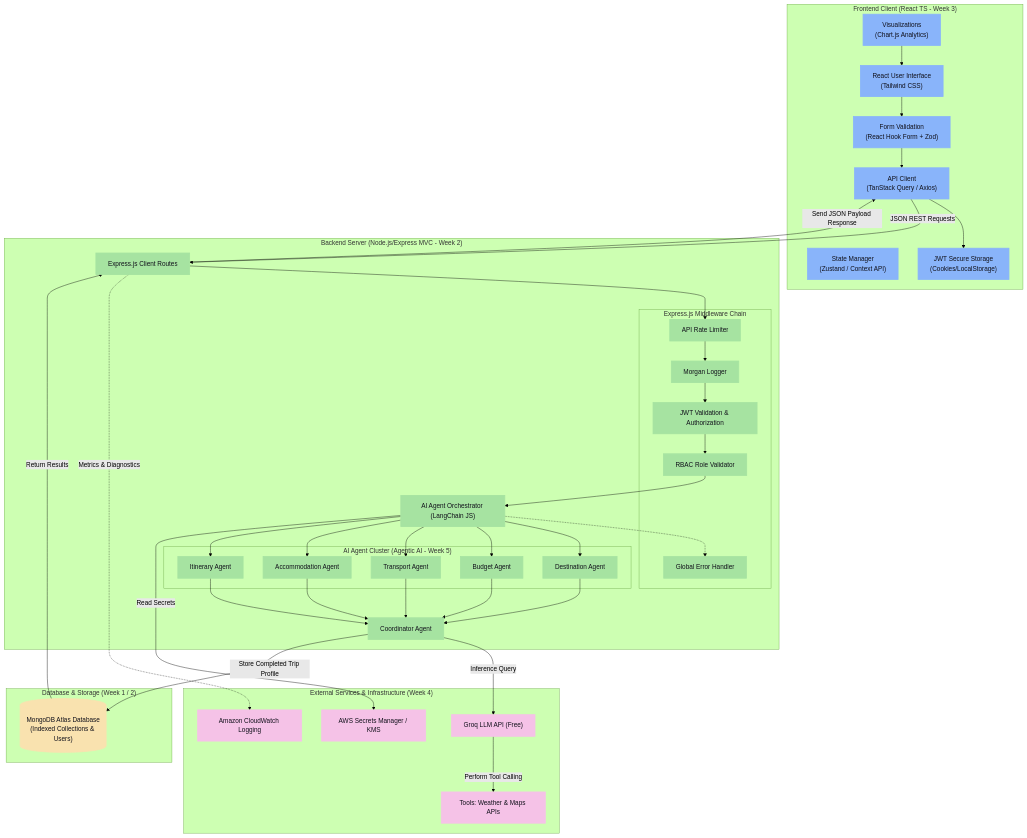
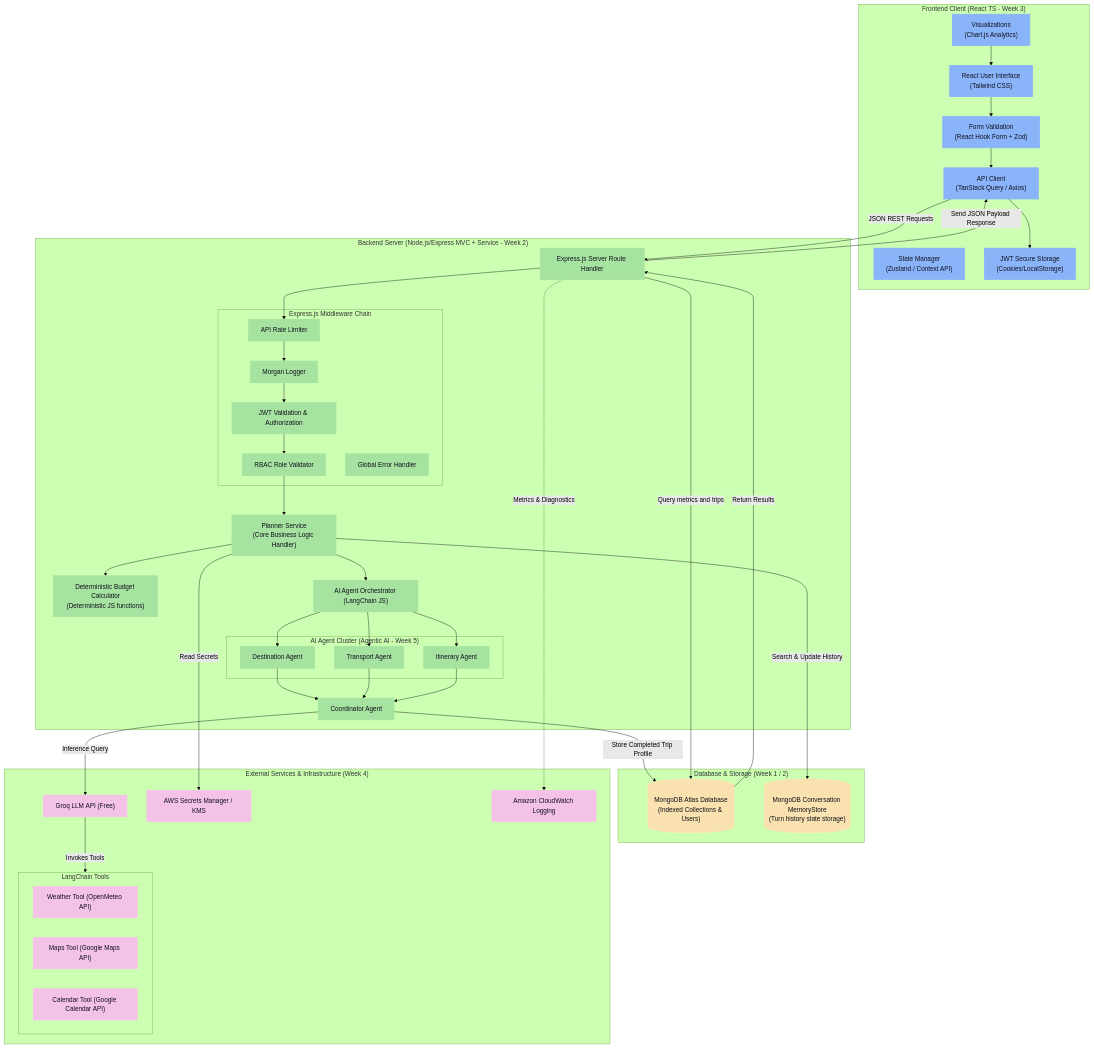
One commit to Dhayananth1511/CapStoneProject_Presidio_InternShip changed the fifth of 5 diagrams in README.md. Above: the diagram before and after it, drawn with Mermaid (forest theme). The commit also changed other lines of this file, not shown here.

Commit message:
Flow chart updated

````diff
--- a/README.md
+++ b/README.md
@@ -230,10 +262,9 @@
     end
 
     %% Backend Server Tier
-    subgraph ServerTier ["Backend Server (Node.js/Express MVC - Week 2)"]
-        API["Express.js Client Routes"]:::backend
+    subgraph ServerTier ["Backend Server (Node.js/Express MVC + Service - Week 2)"]
+        API["Express.js Server Route Handler"]:::backend
         
-        %% Middleware sub-layer
         subgraph Middlewares ["Express.js Middleware Chain"]
             Throttle["API Rate Limiter"]:::backend
             Log["Morgan Logger"]:::backend
@@ -242,42 +273,49 @@
             ErrorM["Global Error Handler"]:::backend
         end
         
+        API --> Throttle --> Log --> JWT --> RBAC
+        
+        PlannerService["Planner Service<br/>(Core Business Logic Handler)"]:::backend
+        RBAC --> PlannerService
+        
+        BudgetJS["Deterministic Budget Calculator<br/>(Deterministic JS functions)"]:::backend
+        PlannerService --> BudgetJS
+        
         AIPlanner["AI Agent Orchestrator (LangChain JS)"]:::backend
-        
-        API --> Throttle --> Log --> JWT --> RBAC --> AIPlanner
-        AIPlanner -.-> ErrorM
+        PlannerService --> AIPlanner
         
         %% Sub-agents cluster
         subgraph agents ["AI Agent Cluster (Agentic AI - Week 5)"]
             DestAgent["Destination Agent"]:::backend
-            BudAgent["Budget Agent"]:::backend
             TransAgent["Transport Agent"]:::backend
-            AccomAgent["Accommodation Agent"]:::backend
             ItinAgent["Itinerary Agent"]:::backend
         end
         
         AIPlanner --> DestAgent
-        AIPlanner --> BudAgent
         AIPlanner --> TransAgent
-        AIPlanner --> AccomAgent
         AIPlanner --> ItinAgent
         
         DestAgent --> Coord["Coordinator Agent"]:::backend
-        BudAgent --> Coord
         TransAgent --> Coord
-        AccomAgent --> Coord
         ItinAgent --> Coord
     end
 
     %% Storage Tier
     subgraph DBTier ["Database & Storage (Week 1 / 2)"]
         DB[("MongoDB Atlas Database<br/>(Indexed Collections & Users)")]:::db
+        MemStore[("MongoDB Conversation MemoryStore<br/>(Turn history state storage)")]:::db
     end
 
     %% External Tier
     subgraph ExtTier ["External Services & Infrastructure (Week 4)"]
         LLM["Groq LLM API (Free)"]:::ext
-        Tools["Tools: Weather & Maps APIs"]:::ext
+        
+        subgraph LCTools ["LangChain Tools"]
+            WeatherTool["Weather Tool (OpenMeteo API)"]:::ext
+            MapsTool["Maps Tool (Google Maps API)"]:::ext
+            CalendarTool["Calendar Tool (Google Calendar API)"]:::ext
+        end
+        
         AWSSecrets["AWS Secrets Manager / KMS"]:::ext
         CloudWatch["Amazon CloudWatch Logging"]:::ext
     end
@@ -289,11 +327,16 @@
 
     %% Core Data flow
     Queries -->|JSON REST Requests| API
+    PlannerService -->|Search & Update History| MemStore
     Coord -->|Inference Query| LLM
-    LLM -->|Perform Tool Calling| Tools
+    LLM -->|Invokes Tools| LCTools
     Coord -->|Store Completed Trip Profile| DB
-    AIPlanner -->|Read Secrets| AWSSecrets
+    PlannerService -->|Read Secrets| AWSSecrets
     API -.->|Metrics & Diagnostics| CloudWatch
+    
+    %% Direct Database fetch for Admin Dashboard (No AI)
+    API -->|Query metrics and trips| DB
+    
     DB -->|Return Results| API
     API -->|Send JSON Payload Response| Queries
 ```
````
